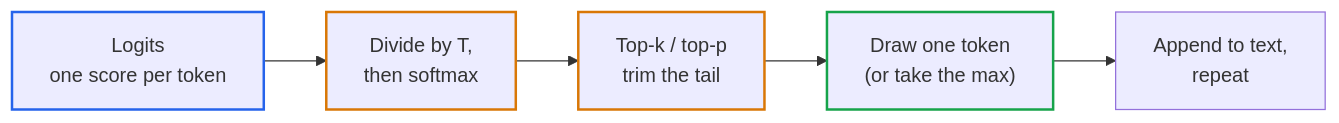
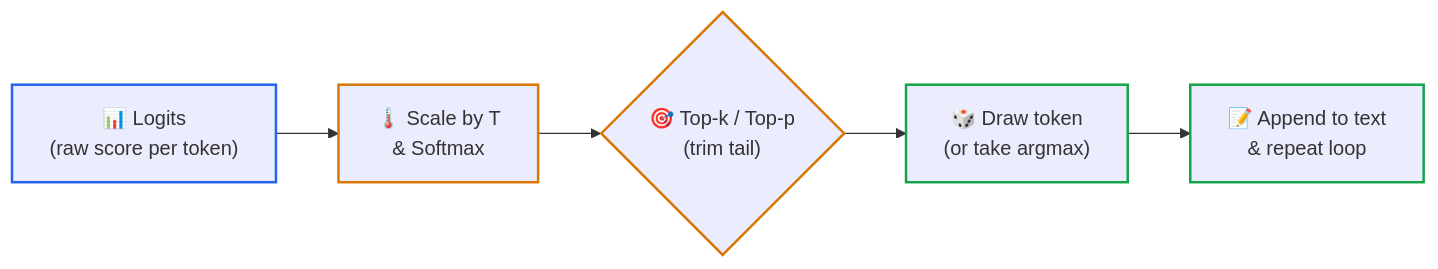
Before and after one commit to dip4k/senior-engineer-to-ai-engineer-roadmap: the second of 2 diagrams in 00-foundations-and-token-mechanics/01-tokenization-and-bpe-mechanics.md, drawn with Mermaid. The commit also changed other lines of this file and 39 other files, not shown here.

First line of the commit message:
feat(curriculum): upgrade mermaid diagrams with unicode icons & codify anti-bloat layout rules

````diff
--- a/00-foundations-and-token-mechanics/01-tokenization-and-bpe-mechanics.md
+++ b/00-foundations-and-token-mechanics/01-tokenization-and-bpe-mechanics.md
@@ -142,12 +144,13 @@
 ```mermaid
 flowchart LR
-    L["Logits<br>one score per token"] --> S["Divide by T,<br>then softmax"]
-    S --> F["Top-k / top-p<br>trim the tail"]
-    F --> D["Draw one token<br>(or take the max)"]
-    D --> A["Append to text,<br>repeat"]
+    L["📊 Logits<br>(raw score per token)"] --> S["🌡️ Scale by T<br>& Softmax"]
+    S --> F{"🎯 Top-k / Top-p<br>(trim tail)"}
+    F --> D["🎲 Draw token<br>(or take argmax)"]
+    D --> A["📝 Append to text<br>& repeat loop"]
 
     style L stroke:#2563eb,stroke-width:2px
     style S stroke:#d97706,stroke-width:2px
     style F stroke:#d97706,stroke-width:2px
     style D stroke:#16a34a,stroke-width:2px
+    style A stroke:#16a34a,stroke-width:2px
 ```
````
